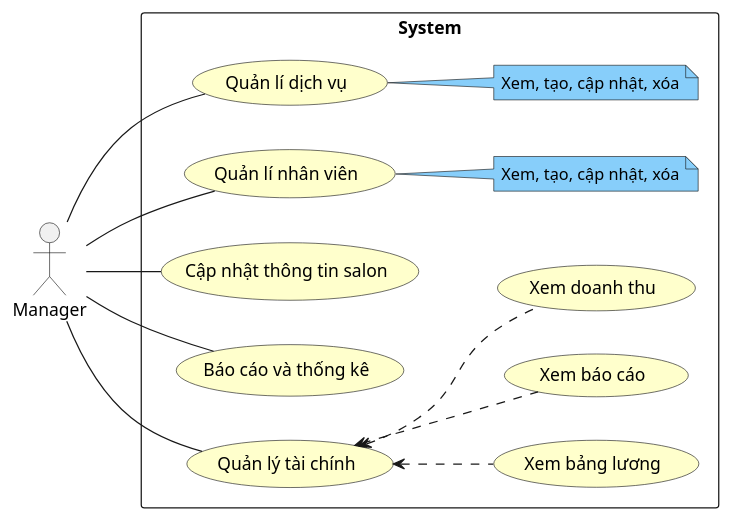
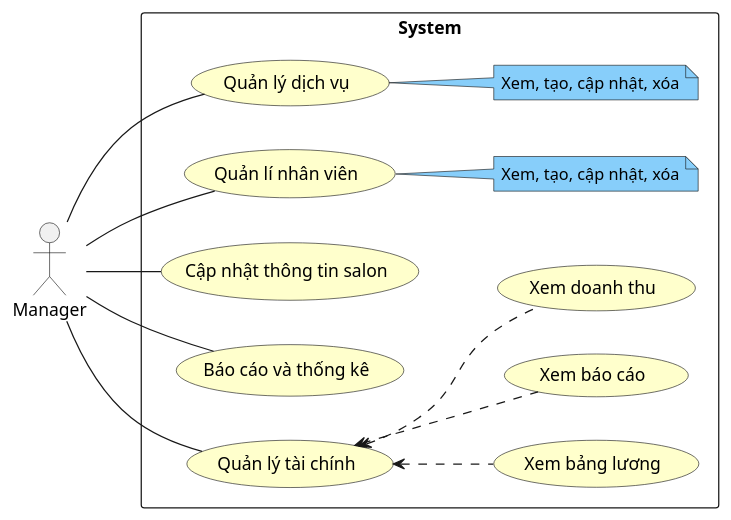
Before and after one commit to tozydev/virgo-14: the fifth of 8 diagrams in docs/software-specs.md, drawn with PlantUML. The commit also changed other lines of this file, not shown here.

````diff
--- a/docs/software-specs.md
+++ b/docs/software-specs.md
@@ -337,40 +332,41 @@
-```{.plantuml caption="Biểu đồ use case phân rã của **Manager**"}
+```plantuml
+'| fig-cap: Biểu đồ use case phân rã của **Manager**
 @startuml
 
 skinparam usecase {
   BackgroundColor BUSINESS
 }
 
 skinparam note {
   BackgroundColor LightSkyBlue
 }
 
 left to right direction
 
 actor "Manager" as M
 
 rectangle "System" {
-  usecase "Quản lí dịch vụ" as UC1
+  usecase "Quản lý dịch vụ" as UC1
   note right of UC1: Xem, tạo, cập nhật, xóa
   usecase "Quản lí nhân viên" as UC2
   note right of UC2: Xem, tạo, cập nhật, xóa
   usecase "Cập nhật thông tin salon" as UC3
   usecase "Báo cáo và thống kê" as UC4
   usecase "Quản lý tài chính" as UC5
   usecase "Xem bảng lương" as UC6
   usecase "Xem báo cáo" as UC7
   usecase "Xem doanh thu" as UC8
 }
 
 M -- UC1
 M -- UC2
 M -- UC3
 M -- UC4
 M -- UC5
 
 UC5 <.. UC6
 UC5 <.. UC7
 UC5 <.. UC8
 
 @enduml
 ```
````
